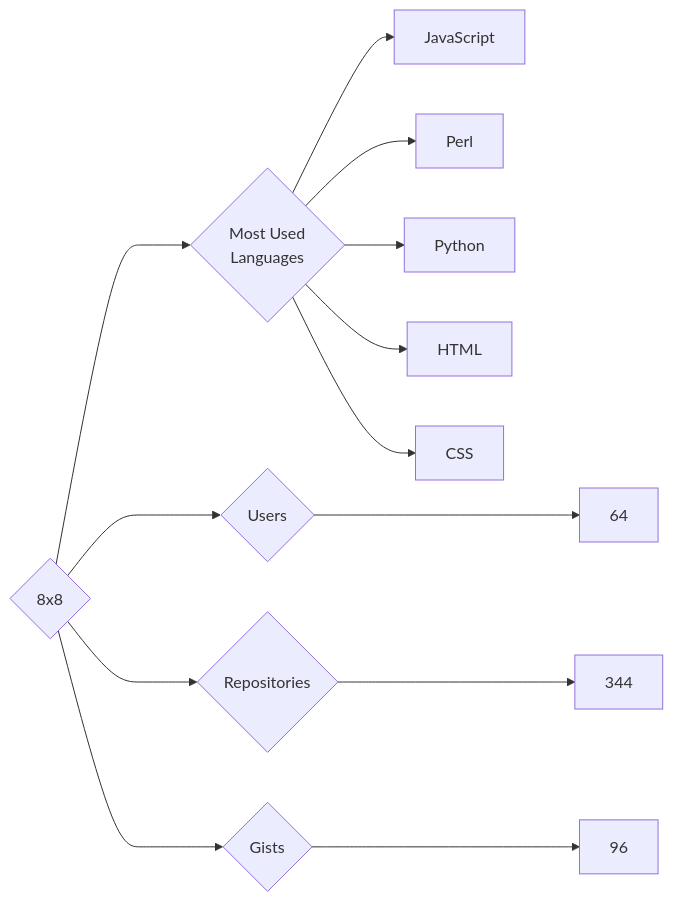
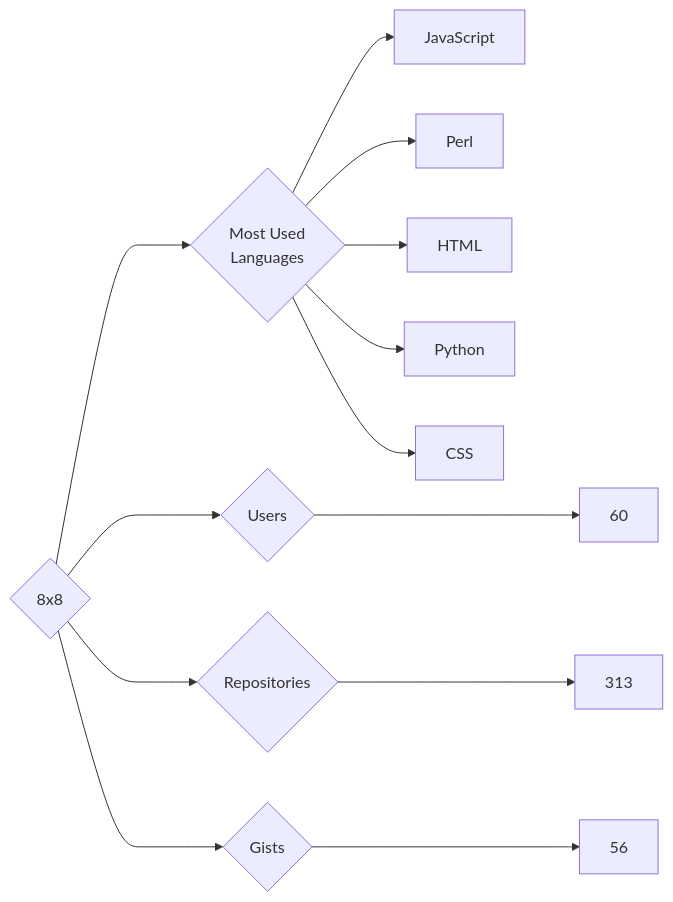
The diagram in targets/8x8/README.md (trickest/insiders), drawn with Mermaid before and after one commit. The commit also changed 618 other files, not shown here.

````diff
--- a/targets/8x8/README.md
+++ b/targets/8x8/README.md
@@ -3,13 +3,13 @@
 ```mermaid
 graph LR
 COMPANY_NAME{8x8}
-COMPANY_NAME ---> U{Users} ---> UN[64]
-COMPANY_NAME ---> R{Repositories} ---> RN[344]
-COMPANY_NAME ---> G{Gists} ---> GN[96]
+COMPANY_NAME ---> U{Users} ---> UN[60]
+COMPANY_NAME ---> R{Repositories} ---> RN[313]
+COMPANY_NAME ---> G{Gists} ---> GN[56]
 COMPANY_NAME ---> ML{Most Used<br>Languages}
 ML --> JavaScript[JavaScript]
 ML --> Perl[Perl]
+ML --> HTML[HTML]
 ML --> Python[Python]
-ML --> HTML[HTML]
 ML --> CSS[CSS]
 ```
````
